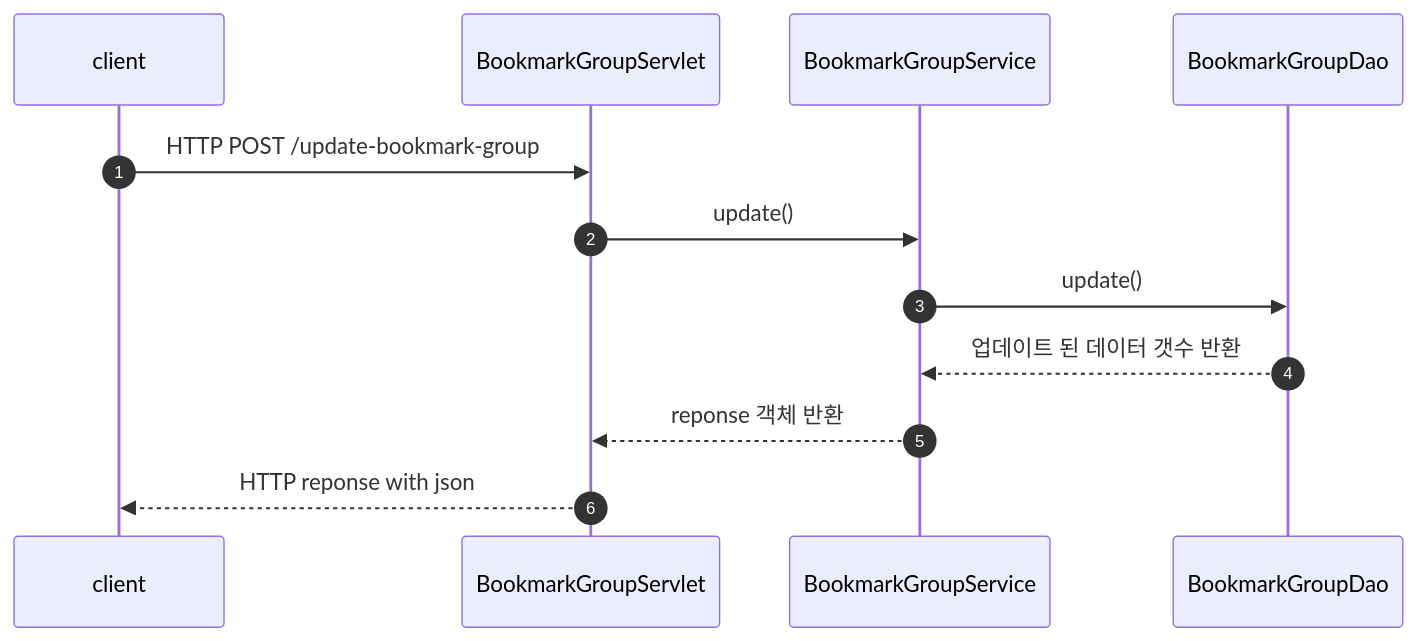
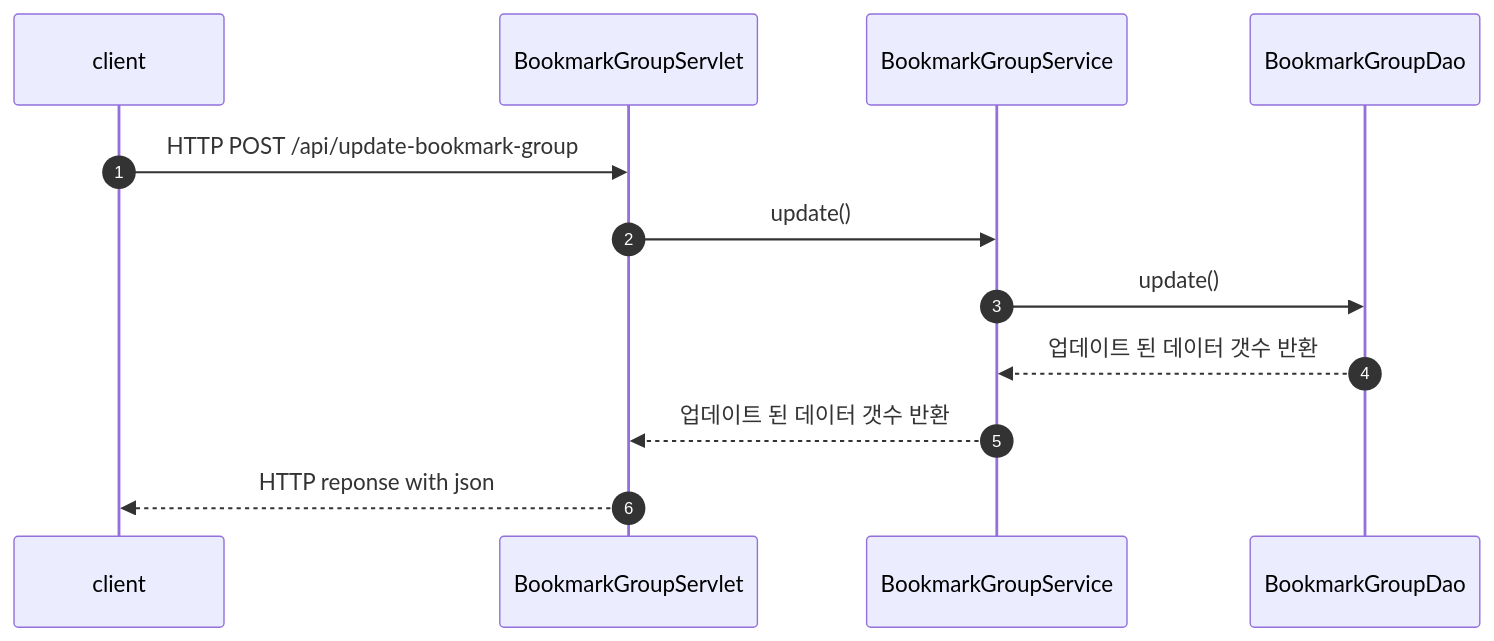
Before and after one commit to kimJH47/wifiServer: the ninth of 13 diagrams in readme.md, drawn with Mermaid. The commit also changed other lines of this file, not shown here.

Commit message:
fix: flow chart, api 명세 수정

````diff
--- a/readme.md
+++ b/readme.md
@@ -169,16 +171,16 @@
 ```mermaid
     sequenceDiagram
     autonumber
     participant client
     participant BookmarkGroupServlet
     participant BookmarkGroupService
     participant BookmarkGroupDao
 
-    client->> BookmarkGroupServlet: HTTP POST /update-bookmark-group
+    client->> BookmarkGroupServlet: HTTP POST /api/update-bookmark-group
     BookmarkGroupServlet->> BookmarkGroupService: update()
     BookmarkGroupService->> BookmarkGroupDao: update()
     BookmarkGroupDao-->>BookmarkGroupService: 업데이트 된 데이터 갯수 반환
-    BookmarkGroupService-->>BookmarkGroupServlet: reponse 객체 반환
+    BookmarkGroupService-->>BookmarkGroupServlet: 업데이트 된 데이터 갯수 반환
     BookmarkGroupServlet-->> client : HTTP reponse with json
     
 ```
````
